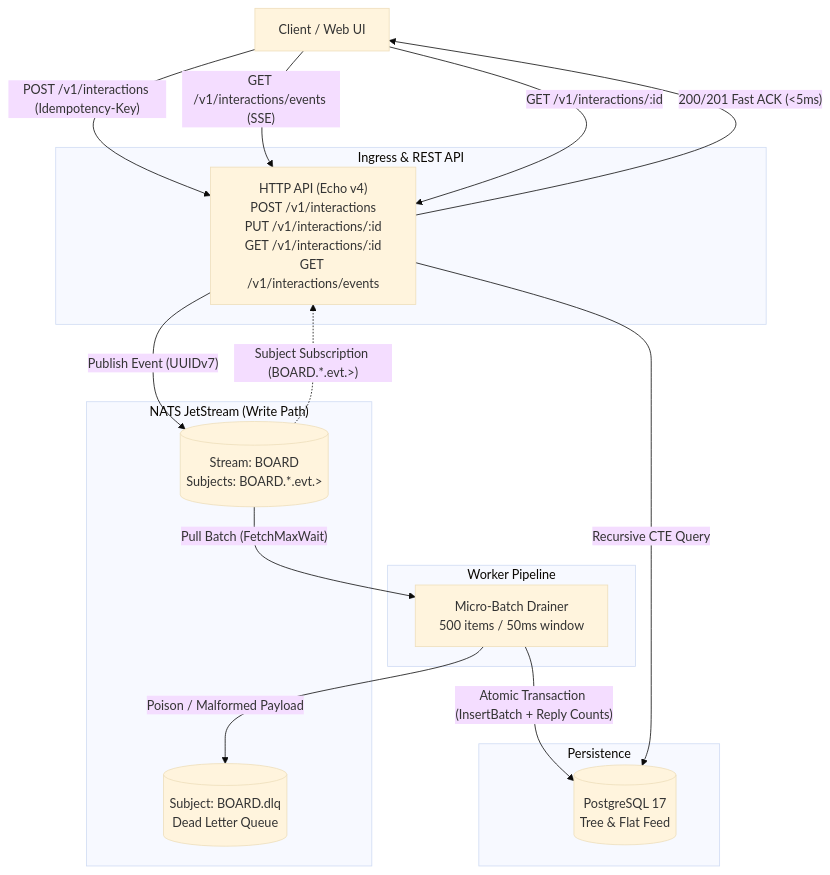
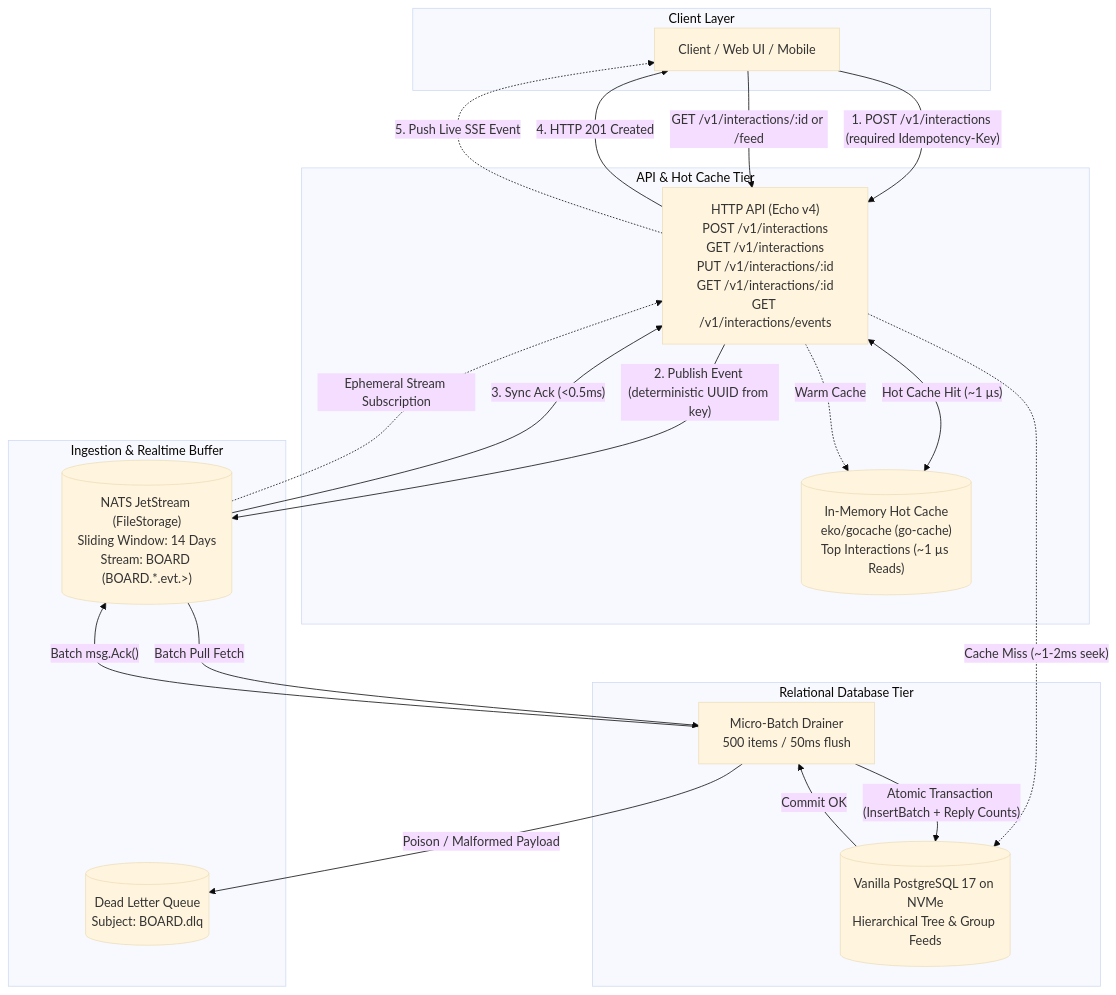
One commit to rlsvr/kozlony changed the diagram in README.md. Above: the diagram before and after it, drawn with Mermaid (base theme). The commit also changed other lines of this file and 6 other files, not shown here.

Commit message:
feat: separate messaging publisher and drainer consumer embedding client

````diff
--- a/README.md
+++ b/README.md
@@ -9,41 +9,44 @@
 ```mermaid
 flowchart TD
-    Client[Client / Web UI]
-
-    subgraph "Ingress & REST API"
-        API["HTTP API (Echo v4)<br/>POST /v1/interactions<br/>PUT /v1/interactions/:id<br/>GET /v1/interactions/:id<br/>GET /v1/interactions/events"]
+    subgraph ClientLayer["Client Layer"]
+        Client["Client / Web UI / Mobile"]
     end
 
-    subgraph "NATS JetStream (Write Path)"
-        JS[("Stream: BOARD<br/>Subjects: BOARD.*.evt.>")]
-        DLQ[("Subject: BOARD.dlq<br/>Dead Letter Queue")]
+    subgraph APITier["API & Hot Cache Tier"]
+        API["HTTP API (Echo v4)<br/>POST /v1/interactions<br/>GET /v1/interactions<br/>PUT /v1/interactions/:id<br/>GET /v1/interactions/:id<br/>GET /v1/interactions/events"]
+        Cache[("In-Memory Hot Cache<br/>eko/gocache (go-cache)<br/>Top Interactions (~1 µs Reads)")]
     end
 
-    subgraph "Worker Pipeline"
-        Drainer["Micro-Batch Drainer<br/>500 items / 50ms window"]
+    subgraph IngestionBuffer["Ingestion & Realtime Buffer"]
+        JS[("NATS JetStream (FileStorage)<br/>Sliding Window: 14 Days<br/>Stream: BOARD (BOARD.*.evt.>)")]
+        DLQ[("Dead Letter Queue<br/>Subject: BOARD.dlq")]
     end
 
-    subgraph "Persistence"
-        Postgres[("PostgreSQL 17<br/>Tree & Flat Feed")]
+    subgraph PersistenceTier["Relational Database Tier"]
+        Drainer["Micro-Batch Drainer<br/>500 items / 50ms flush"]
+        Postgres[("Vanilla PostgreSQL 17 on NVMe<br/>Hierarchical Tree & Group Feeds")]
     end
 
-    %% Client Interactions
-    Client -->|"POST /v1/interactions (Idempotency-Key)"| API
-    Client -->|"GET /v1/interactions/events (SSE)"| API
-    Client -->|"GET /v1/interactions/:id"| API
+    %% Write Path
+    Client -->|"1. POST /v1/interactions (required Idempotency-Key)"| API
+    API -->|"2. Publish Event (deterministic UUID from key)"| JS
+    JS -->|"3. Sync Ack (<0.5ms)"| API
+    API -->|"4. HTTP 201 Created"| Client
+    API -.->|"5. Push Live SSE Event"| Client
 
-    %% Write Path
-    API -->|"Publish Event (UUIDv7)"| JS
-    API -->|"200/201 Fast ACK (<5ms)"| Client
+    %% Read Path & Cache Shield
+    Client -->|"GET /v1/interactions/:id or /feed"| API
+    API <-->|"Hot Cache Hit (~1 µs)"| Cache
+    API -.->|"Cache Miss (~1-2ms seek)"| Postgres
+    API -.->|"Warm Cache"| Cache
 
     %% Real-time SSE
-    JS -.->|"Subject Subscription (BOARD.*.evt.>)"| API
+    JS -.->|"Ephemeral Stream Subscription"| API
 
-    %% Batch Ingestion
-    JS -->|"Pull Batch (FetchMaxWait)"| Drainer
+    %% Background Ingestion
+    JS -->|"Batch Pull Fetch"| Drainer
     Drainer -->|"Atomic Transaction (InsertBatch + Reply Counts)"| Postgres
     Drainer -->|"Poison / Malformed Payload"| DLQ
-
-    %% Read Path
-    API -->|"Recursive CTE Query"| Postgres
+    Postgres -->|"Commit OK"| Drainer
+    Drainer -->|"Batch msg.Ack()"| JS
 ```
````
